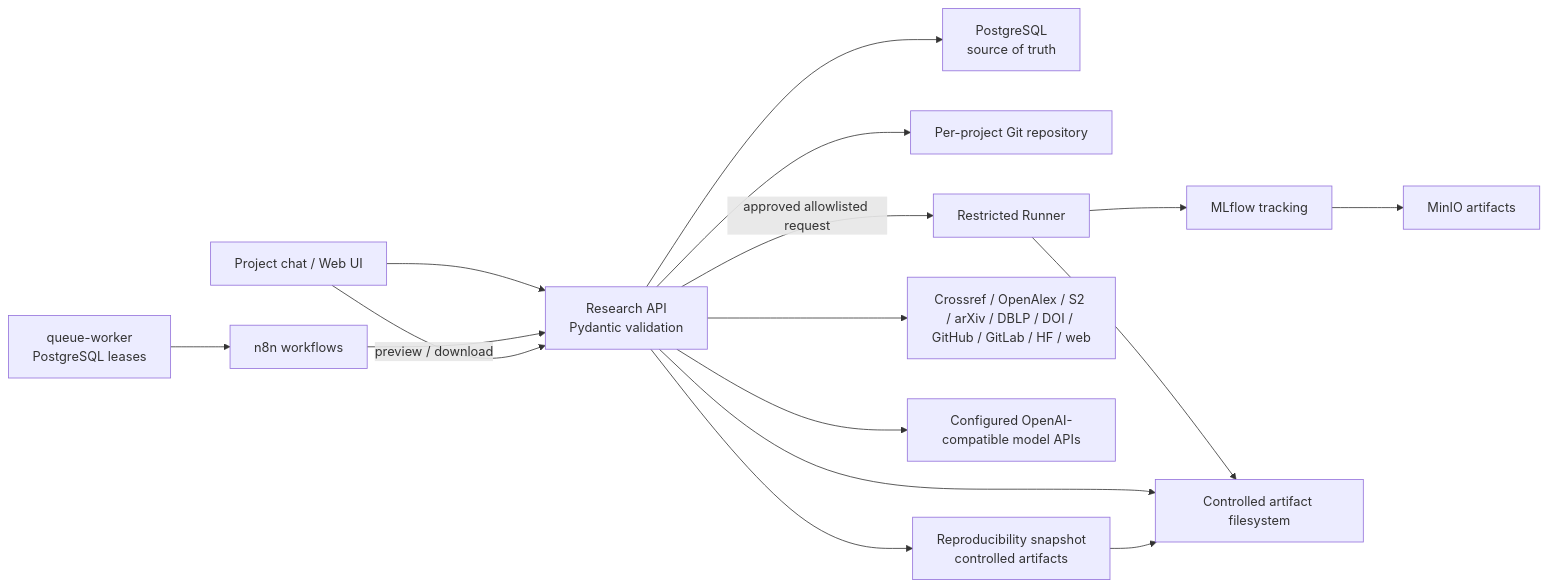
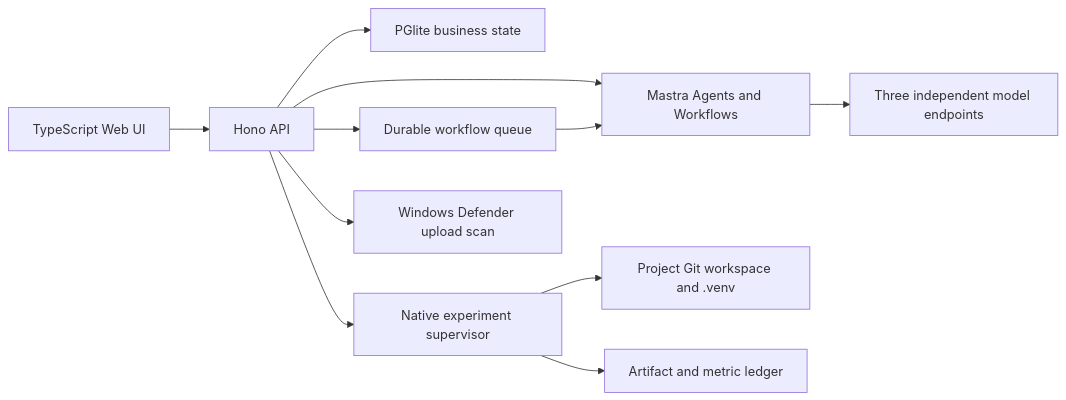
The diagram in docs/architecture.md (Karbo123/ResearchOS), drawn with Mermaid before and after one commit. The commit also changed other lines of this file and 171 other files, not shown here.

Commit message:
feat:migrate-research-os-to-native-typescript

````diff
--- a/docs/architecture.md
+++ b/docs/architecture.md
@@ -3,18 +5,13 @@
 ```mermaid
 flowchart LR
-  U["Project chat / Web UI"] --> API["Research API\nPydantic validation"]
-  N["n8n workflows"] --> API
-  Q["queue-worker\nPostgreSQL leases"] --> N
-  API --> PG["PostgreSQL\nsource of truth"]
-  API --> GIT["Per-project Git repository"]
-  API --> SNAP["Reproducibility snapshot\ncontrolled artifacts"]
-  API --> EXT["Crossref / OpenAlex / S2 / arXiv / DBLP / DOI / GitHub / GitLab / HF / web"]
-  API --> MODEL["Configured OpenAI-compatible model APIs"]
-  API -->|"approved allowlisted request"| RUN["Restricted Runner"]
-  RUN --> MLF["MLflow tracking"]
-  MLF --> MINIO["MinIO artifacts"]
-  RUN --> FS["Controlled artifact filesystem"]
-  API --> FS
-  SNAP --> FS
-  U -->|"preview / download"| API
+  Browser["TypeScript Web UI"] --> API["Hono API"]
+  API --> State["PGlite business state"]
+  API --> Mastra["Mastra Agents and Workflows"]
+  Mastra --> Models["Three independent model endpoints"]
+  API --> Queue["Durable workflow queue"]
+  Queue --> Mastra
+  API --> Runner["Native experiment supervisor"]
+  Runner --> Project["Project Git workspace and .venv"]
+  Runner --> Artifacts["Artifact and metric ledger"]
+  API --> Defender["Windows Defender upload scan"]
 ```
````
